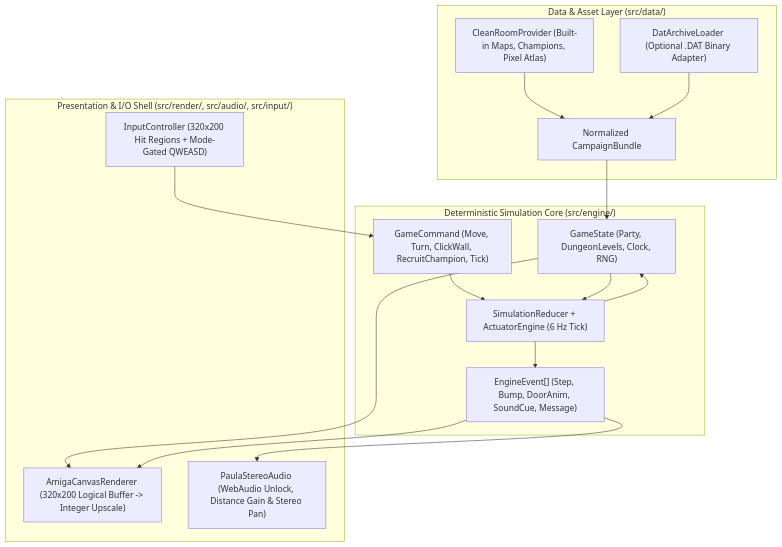
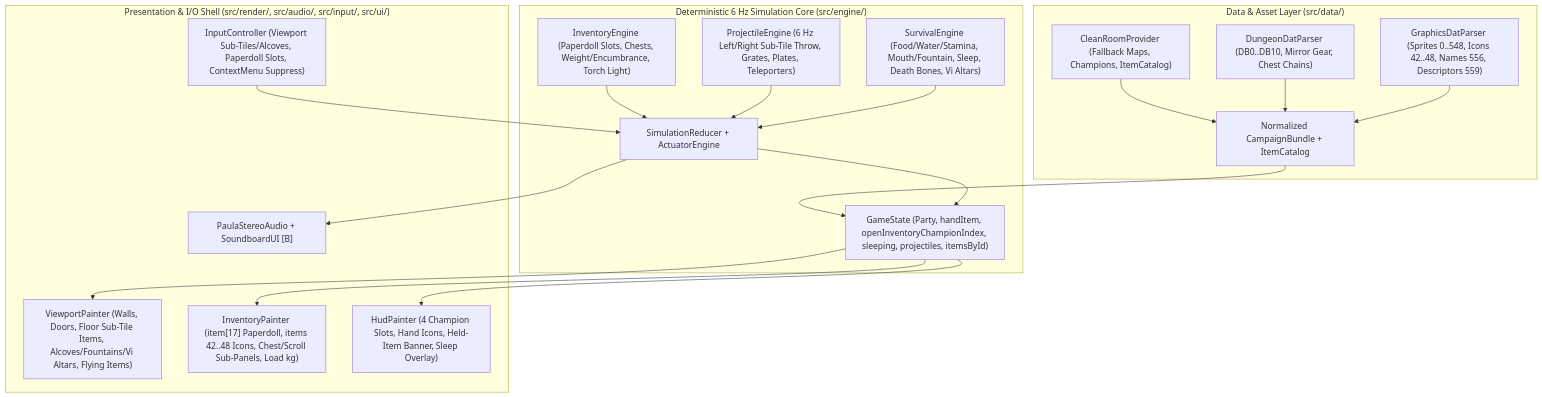
The diagram in docs/ARCH.md (drusifer/dm-reloaded), drawn with Mermaid before and after one commit. The commit also changed other lines of this file and 99 other files, not shown here.

First line of the commit message:
Implement Sprint 2 inventory, world items and survival

````diff
--- a/docs/ARCH.md
+++ b/docs/ARCH.md
@@ -22,32 +24,38 @@
 ```mermaid
 flowchart TD
     subgraph Data["Data & Asset Layer (src/data/)"]
-        CR["CleanRoomProvider (Built-in Maps, Champions, Pixel Atlas)"]
-        DAT["DatArchiveLoader (Optional .DAT Binary Adapter)"]
-        CB["Normalized CampaignBundle"]
+        CR["CleanRoomProvider (Fallback Maps, Champions, ItemCatalog)"]
+        DAT["DungeonDatParser (DB0..DB10, Mirror Gear, Chest Chains)"]
+        GDAT["GraphicsDatParser (Sprites 0..548, Icons 42..48, Names 556, Descriptors 559)"]
+        CB["Normalized CampaignBundle + ItemCatalog"]
         CR --> CB
         DAT --> CB
+        GDAT --> CB
     end
 
-    subgraph Core["Deterministic Simulation Core (src/engine/)"]
-        STATE["GameState (Party, DungeonLevels, Clock, RNG)"]
-        CMD["GameCommand (Move, Turn, ClickWall, RecruitChampion, Tick)"]
-        SIM["SimulationReducer + ActuatorEngine (6 Hz Tick)"]
-        EVT["EngineEvent[] (Step, Bump, DoorAnim, SoundCue, Message)"]
+    subgraph Core["Deterministic 6 Hz Simulation Core (src/engine/)"]
+        STATE["GameState (Party, handItem, openInventoryChampionIndex, sleeping, projectiles, itemsById)"]
+        INV["InventoryEngine (Paperdoll Slots, Chests, Weight/Encumbrance, Torch Light)"]
+        PROJ["ProjectileEngine (6 Hz Left/Right Sub-Tile Throw, Grates, Plates, Teleporters)"]
+        SURV["SurvivalEngine (Food/Water/Stamina, Mouth/Fountain, Sleep, Death Bones, Vi Altars)"]
+        SIM["SimulationReducer + ActuatorEngine"]
         CB --> STATE
-        CMD --> SIM
-        STATE --> SIM
+        INV --> SIM
+        PROJ --> SIM
+        SURV --> SIM
         SIM --> STATE
-        SIM --> EVT
     end
 
-    subgraph IO["Presentation & I/O Shell (src/render/, src/audio/, src/input/)"]
-        INP["InputController (320x200 Hit Regions + Mode-Gated QWEASD)"]
-        REN["AmigaCanvasRenderer (320x200 Logical Buffer -> Integer Upscale)"]
-        AUD["PaulaStereoAudio (WebAudio Unlock, Distance Gain & Stereo Pan)"]
-        INP --> CMD
-        STATE --> REN
-        EVT --> REN
-        EVT --> AUD
+    subgraph IO["Presentation & I/O Shell (src/render/, src/audio/, src/input/, src/ui/)"]
+        INP["InputController (Viewport Sub-Tiles/Alcoves, Paperdoll Slots, ContextMenu Suppress)"]
+        VP["ViewportPainter (Walls, Doors, Floor Sub-Tile Items, Alcoves/Fountains/Vi Altars, Flying Items)"]
+        IP["InventoryPainter (item[17] Paperdoll, items 42..48 Icons, Chest/Scroll Sub-Panels, Load kg)"]
+        HUD["HudPainter (4 Champion Slots, Hand Icons, Held-Item Banner, Sleep Overlay)"]
+        AUD["PaulaStereoAudio + SoundboardUI [B]"]
+        INP --> SIM
+        STATE --> VP
+        STATE --> IP
+        STATE --> HUD
+        SIM --> AUD
     end
 ```
````
